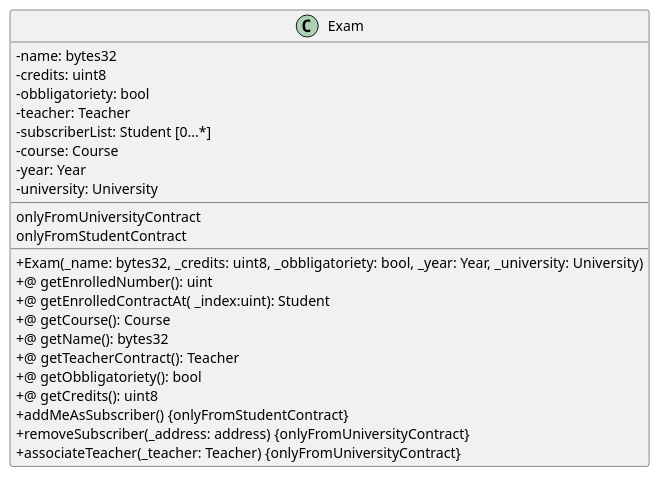
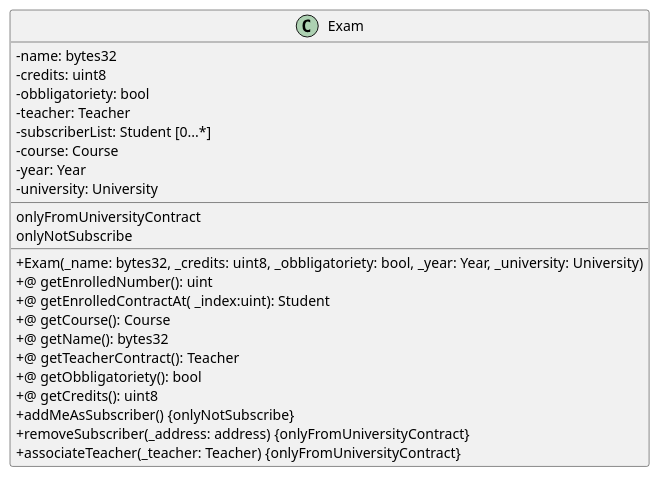
The diagram in Solidity/Contracts/Exam.iuml (M9k/Marvin-Uml), drawn with PlantUML before and after one commit.

Commit message:
Rimosso modificatore errato

```diff
--- a/Solidity/Contracts/Exam.iuml
+++ b/Solidity/Contracts/Exam.iuml
@@ -1,28 +1,28 @@
 @startuml
 skinparam classAttributeIconSize 0
 class Exam{
 - name: bytes32
 - credits: uint8
 - obbligatoriety: bool
 - teacher: Teacher
 - subscriberList: Student [0...*]
 - course: Course
 - year: Year
 - university: University
 __
 onlyFromUniversityContract
-onlyFromStudentContract
+onlyNotSubscribe
 __
 + Exam(_name: bytes32, _credits: uint8, _obbligatoriety: bool, _year: Year, _university: University)
 +@ getEnrolledNumber(): uint
 +@ getEnrolledContractAt( _index:uint): Student
 +@ getCourse(): Course
 +@ getName(): bytes32
 +@ getTeacherContract(): Teacher
 +@ getObbligatoriety(): bool
 +@ getCredits(): uint8
-+ addMeAsSubscriber() {onlyFromStudentContract}
++ addMeAsSubscriber() {onlyNotSubscribe}
 + removeSubscriber(_address: address) {onlyFromUniversityContract}
 + associateTeacher(_teacher: Teacher) {onlyFromUniversityContract}
 }
 @enduml
```
